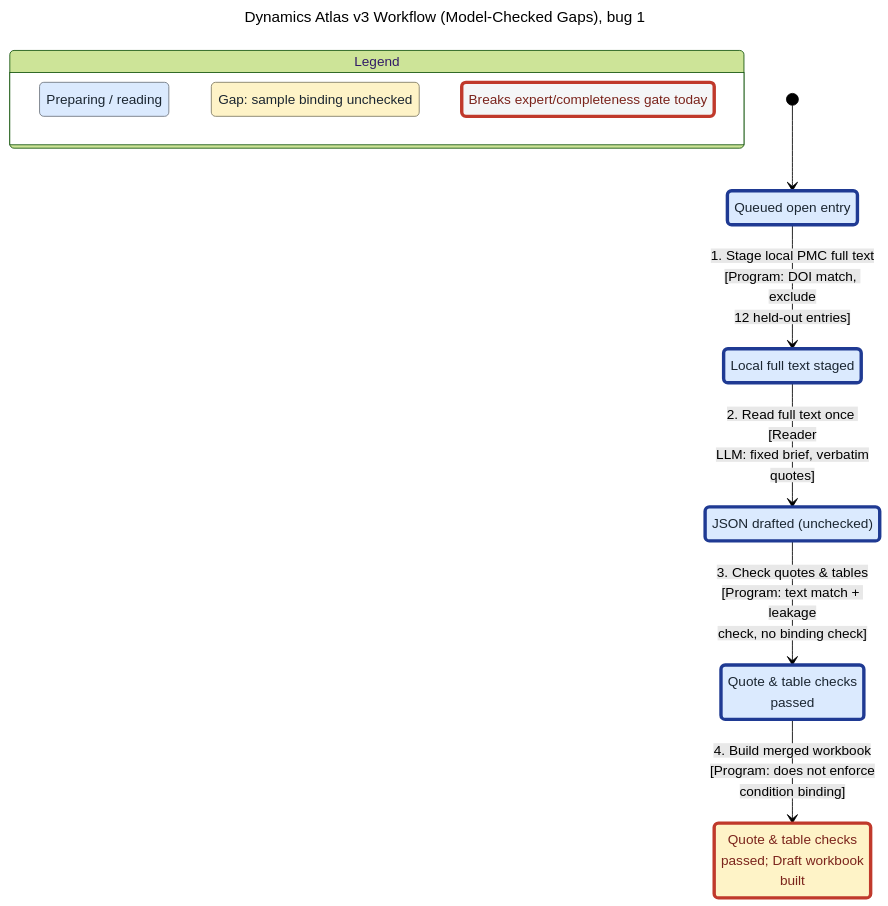
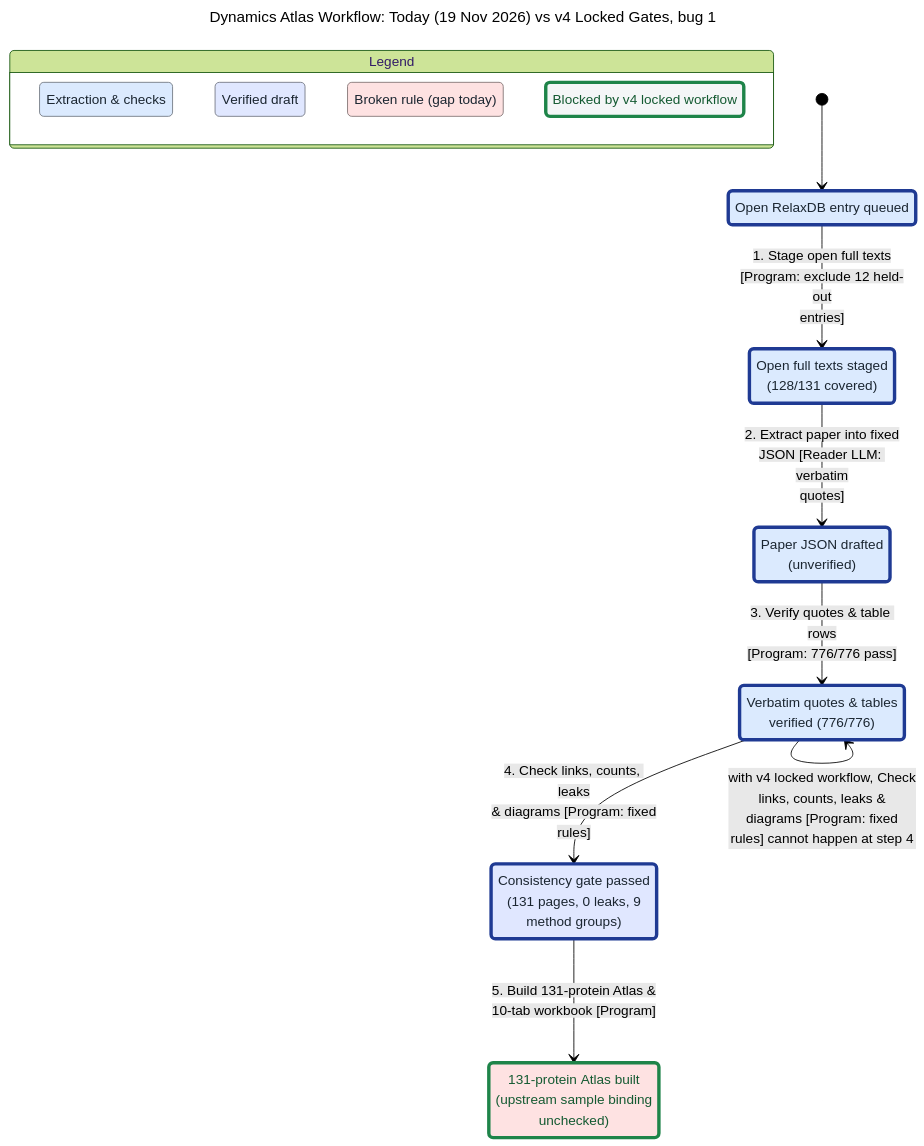
The diagram in methods/statechart/bug-1.mmd (alex051107/dynamics-atlas-relaxdb), drawn with Mermaid (forest theme) before and after one commit. The commit also changed 13 other files, not shown here.

Commit message:
Update TLC statechart model to compare 19 Nov workflow against v4 locked gates

```diff
--- a/methods/statechart/bug-1.mmd
+++ b/methods/statechart/bug-1.mmd
@@ -1,36 +1,45 @@
 ---
-title: "Dynamics Atlas v3 Workflow (Model-Checked Gaps), bug 1"
+title: "Dynamics Atlas Workflow: Today (19 Nov 2026) vs v4 Locked Gates, bug 1"
 config:
   markdownAutoWrap: false
   state:
     useMaxWidth: false
 ---
 stateDiagram-v2
-  classDef plainWrong fill:#f4f6f7,stroke:#c0392b,stroke-width:4px,color:#7b241c
+  %% second model (fix): v4 locked workflow
+  classDef plainFixed fill:#f4f6f7,stroke:#1e8449,stroke-width:4px,color:#145a32
   classDef group1 fill:#dbeafe,stroke:#6e757f,color:#1b2631
   classDef group1Path fill:#dbeafe,stroke:#1f3a93,stroke-width:4px,color:#1b2631
-  classDef group3 fill:#fef3c7,stroke:#7f7a64,color:#1b2631
-  classDef group3Wrong fill:#fef3c7,stroke:#c0392b,stroke-width:4px,color:#7b241c
+  classDef group2 fill:#e0e7ff,stroke:#707480,color:#1b2631
+  classDef group2Path fill:#e0e7ff,stroke:#1f3a93,stroke-width:4px,color:#1b2631
+  classDef group5 fill:#fee2e2,stroke:#7f7171,color:#1b2631
+  classDef group5Fixed fill:#fee2e2,stroke:#1e8449,stroke-width:4px,color:#145a32
   state "Legend" as legend {
-    state "Preparing / reading" as legendGroup1
-    state "Gap: sample binding unchecked" as legendGroup3
-    state "Breaks expert/completeness gate today" as legendWrong
+    state "Extraction & checks" as legendGroup1
+    state "Verified draft" as legendGroup2
+    state "Broken rule (gap today)" as legendGroup5
+    state "Blocked by v4 locked workflow" as legendFixed
   }
   class legendGroup1 group1
-  class legendGroup3 group3
-  class legendWrong plainWrong
-  state "JSON drafted (unchecked)" as s0
-  state "Local full text staged" as s1
-  state "Queued open entry" as s2
-  state "Quote & table checks<br/>passed" as s3
-  state "Quote & table checks<br/>passed; Draft workbook<br/>built" as s4
+  class legendGroup2 group2
+  class legendGroup5 group5
+  class legendFixed plainFixed
+  state "131-protein Atlas built<br/>(upstream sample binding<br/>unchecked)" as s0
+  state "Consistency gate passed<br/>(131 pages, 0 leaks, 9<br/>method groups)" as s1
+  state "Open RelaxDB entry queued" as s2
+  state "Open full texts staged<br/>(128/131 covered)" as s3
+  state "Paper JSON drafted<br/>(unverified)" as s4
+  state "Verbatim quotes & tables<br/>verified (776/776)" as s5
   [*] --> s2
-  s2 --> s1 : 1. Stage local PMC full text<br/>[Program: DOI match, exclude<br/>12 held-out entries]
-  s1 --> s0 : 2. Read full text once [Reader<br/>LLM: fixed brief, verbatim<br/>quotes]
-  s0 --> s3 : 3. Check quotes & tables<br/>[Program: text match + leakage<br/>check, no binding check]
-  s3 --> s4 : 4. Build merged workbook<br/>[Program: does not enforce<br/>condition binding]
-  class s0 group1Path
-  class s1 group1Path
+  s2 --> s3 : 1. Stage open full texts<br/>[Program: exclude 12 held-out<br/>entries]
+  s3 --> s4 : 2. Extract paper into fixed<br/>JSON [Reader LLM: verbatim<br/>quotes]
+  s4 --> s5 : 3. Verify quotes & table rows<br/>[Program: 776/776 pass]
+  s5 --> s1 : 4. Check links, counts, leaks<br/>& diagrams [Program: fixed<br/>rules]
+  s1 --> s0 : 5. Build 131-protein Atlas &<br/>10-tab workbook [Program]
+  s5 --> s5 : with v4 locked workflow, Check<br/>links, counts, leaks &<br/>diagrams [Program: fixed<br/>rules] cannot happen at step 4
+  class s0 group5Fixed
+  class s1 group2Path
   class s2 group1Path
   class s3 group1Path
-  class s4 group3Wrong
+  class s4 group1Path
+  class s5 group1Path
```
